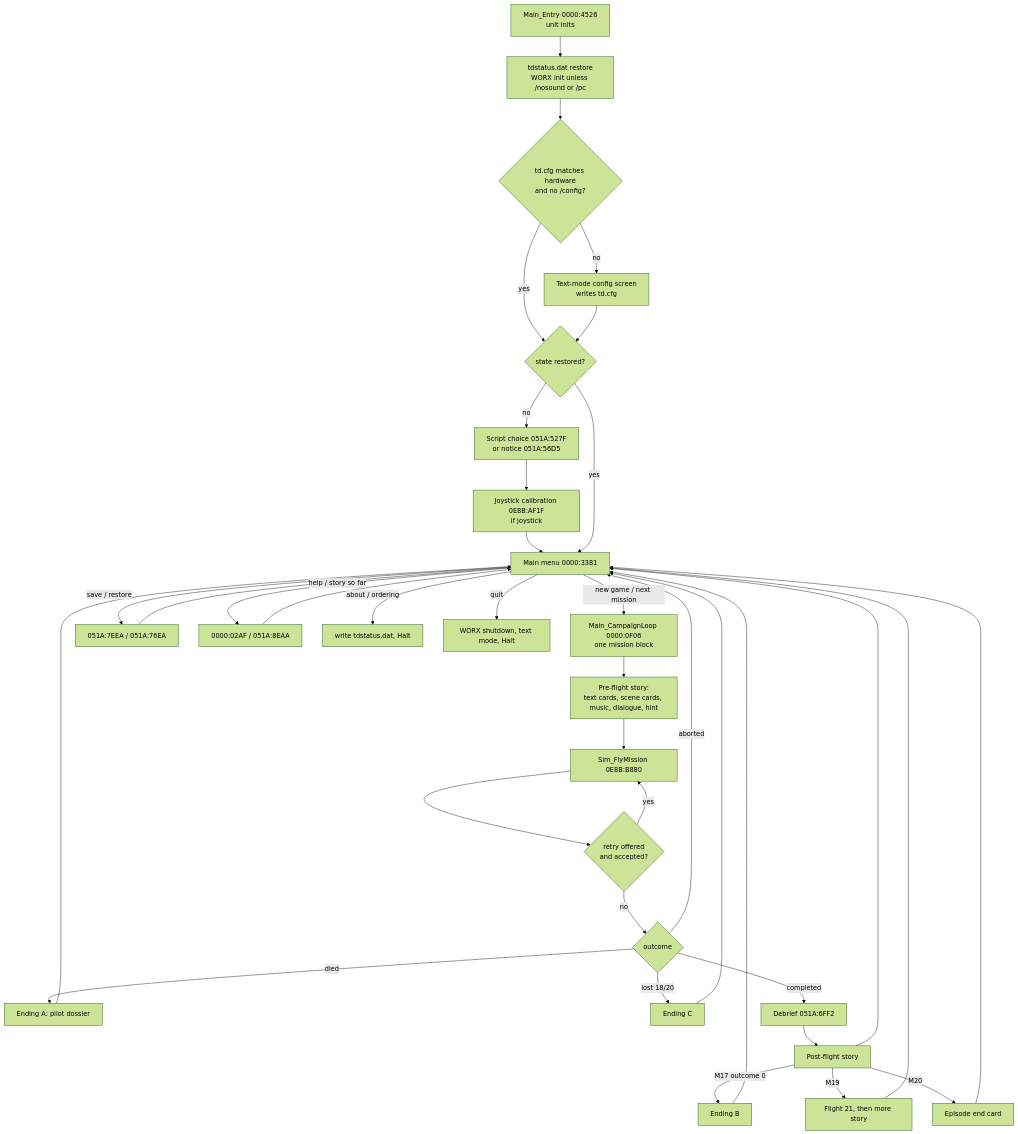
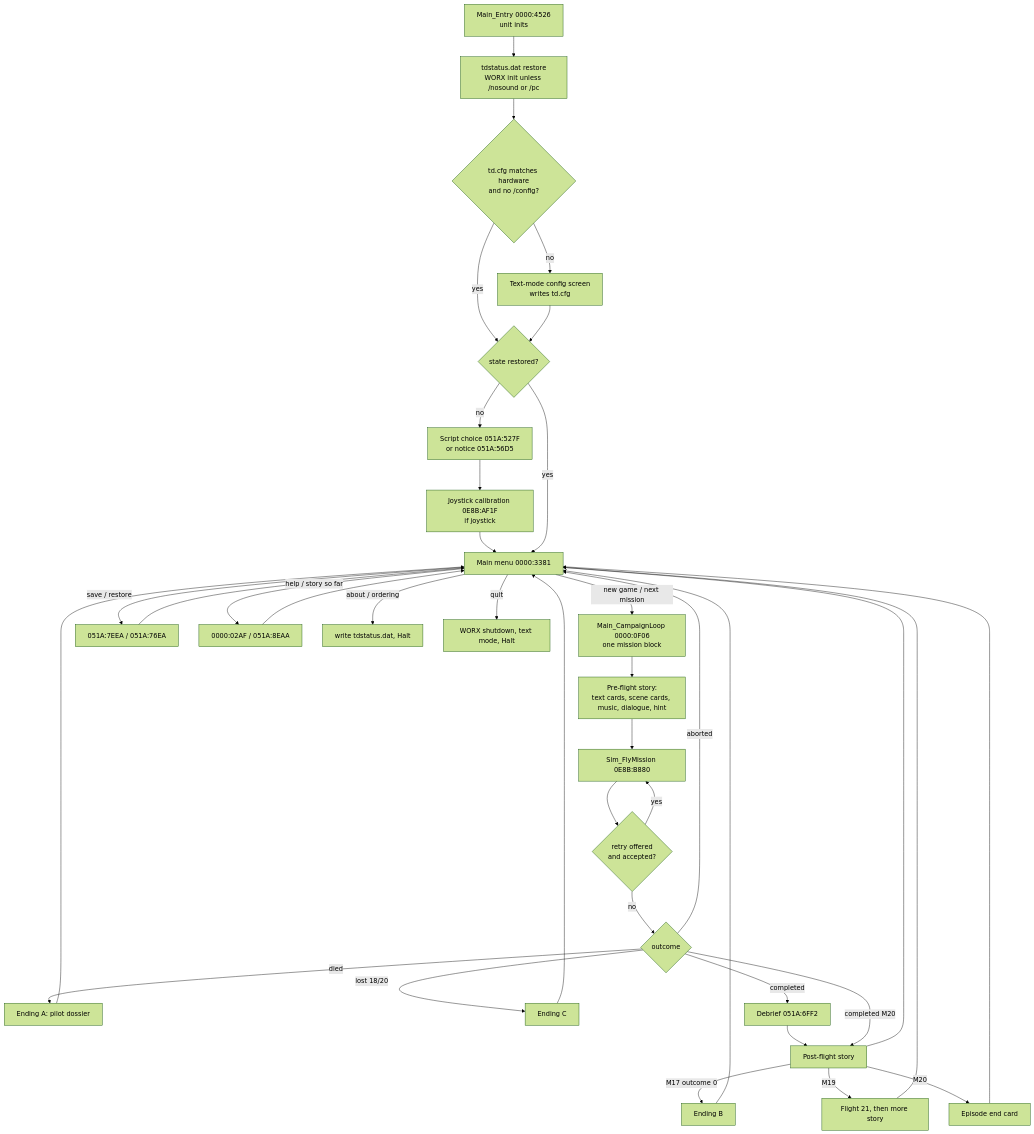
One commit to jeddhor/TD2192-Modern changed the diagram in docs/spec/flow/episode-program-flow.md. Above: the diagram before and after it, drawn with Mermaid (forest theme). The commit also changed other lines of this file and 12 other files, not shown here.

First line of the commit message:
re/spec: heading blit transforms, intro effect timing, E1 flow and SFX call sites (RE-14)

````diff
--- a/docs/spec/flow/episode-program-flow.md
+++ b/docs/spec/flow/episode-program-flow.md
@@ -227,36 +230,37 @@
 ```mermaid
 flowchart TD
   E[Main_Entry 0000:4526<br/>unit inits] --> S[tdstatus.dat restore<br/>WORX init unless /nosound or /pc]
   S --> C{td.cfg matches hardware<br/>and no /config?}
   C -- no --> CFG[Text-mode config screen<br/>writes td.cfg]
   C -- yes --> R
   CFG --> R{state restored?}
   R -- no --> SC[Script choice 051A:527F<br/>or notice 051A:56D5]
   SC --> J[Joystick calibration 0E8B:AF1F<br/>if joystick]
   J --> MENU
   R -- yes --> MENU[Main menu 0000:3381]
   MENU -- new game / next mission --> BLK[Main_CampaignLoop 0000:0F06<br/>one mission block]
   BLK --> PRE[Pre-flight story:<br/>text cards, scene cards, music, dialogue, hint]
   PRE --> FLY[Sim_FlyMission 0E8B:B880]
   FLY --> RT{retry offered<br/>and accepted?}
   RT -- yes --> FLY
   RT -- no --> OUT{outcome}
   OUT -- died --> GA[Ending A: pilot dossier]
   OUT -- lost 18/20 --> GC[Ending C]
   OUT -- aborted --> MENU
   OUT -- completed --> DB[Debrief 051A:6FF2]
   DB --> POST[Post-flight story]
   POST -- M17 outcome 0 --> GB[Ending B]
   POST -- M19 --> F21[Flight 21, then more story]
+  OUT -- completed M20 --> POST
   POST -- M20 --> END[Episode end card]
   POST --> MENU
   F21 --> MENU
   GA --> MENU
   GB --> MENU
   GC --> MENU
   END --> MENU
   MENU -- save / restore --> SAV[051A:7EEA / 051A:76EA] --> MENU
   MENU -- help / story so far --> HLP[0000:02AF / 051A:8EAA] --> MENU
   MENU -- about / ordering --> TS[write tdstatus.dat, Halt]
   MENU -- quit --> Q[WORX shutdown, text mode, Halt]
 ```
````
